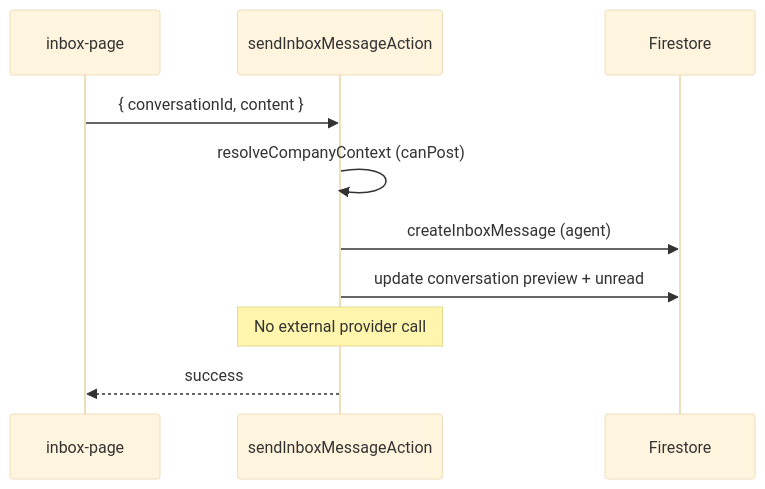
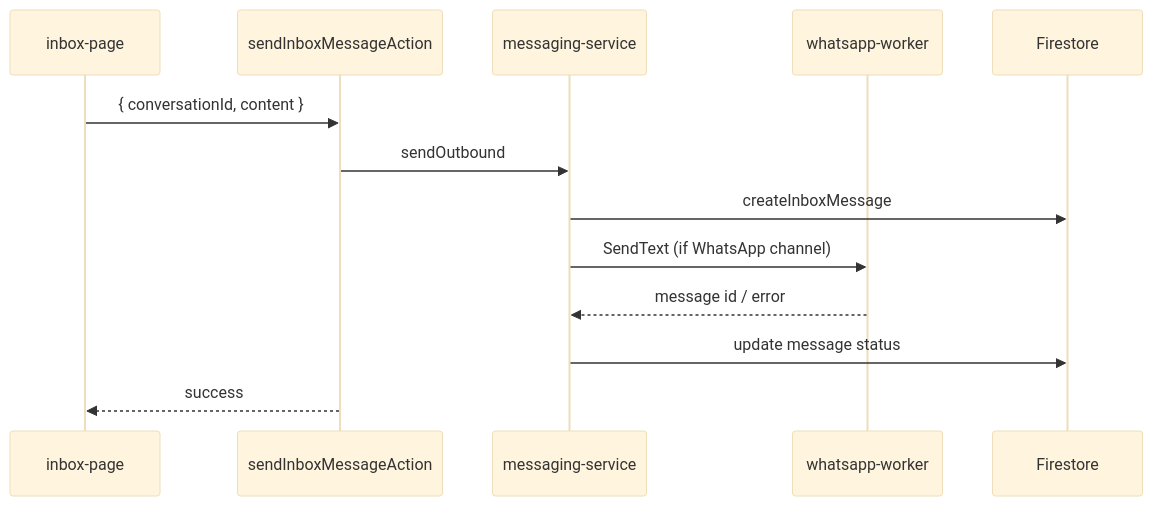
The first of 2 diagrams in docs/spec/11-inbox-and-messaging.md (rafamessias/botinho.ai), drawn with Mermaid (base theme) before and after one commit. The commit also changed other lines of this file and 97 other files, not shown here.

First line of the commit message:
Harden WhatsApp reliability with store persistence, pairing lifecycle, and session rebind.

````diff
--- a/docs/spec/11-inbox-and-messaging.md
+++ b/docs/spec/11-inbox-and-messaging.md
@@ -67,13 +56,16 @@
 ```mermaid
 sequenceDiagram
   participant UI as inbox-page
   participant SA as sendInboxMessageAction
+  participant MS as messaging-service
+  participant WA as whatsapp-worker
   participant FS as Firestore
 
   UI->>SA: { conversationId, content }
-  SA->>SA: resolveCompanyContext (canPost)
-  SA->>FS: createInboxMessage (agent)
-  SA->>FS: update conversation preview + unread
-  Note over SA: No external provider call
+  SA->>MS: sendOutbound
+  MS->>FS: createInboxMessage
+  MS->>WA: SendText (if WhatsApp channel)
+  WA-->>MS: message id / error
+  MS->>FS: update message status
   SA-->>UI: success
 ```
````
